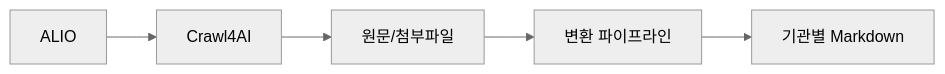
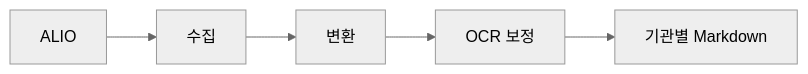
The diagram in README.md (bigone-kcrew/crawl4alio), drawn with Mermaid (neutral theme) before and after one commit. The commit also changed other lines of this file, not shown here.

````diff
--- a/README.md
+++ b/README.md
@@ -19,7 +19,7 @@
 ```mermaid
 flowchart LR
-    A["ALIO"] --> B["Crawl4AI"]
-    B --> C["원문/첨부파일"]
-    C --> D["변환 파이프라인"]
+    A["ALIO"] --> B["수집"]
+    B --> C["변환"]
+    C --> D["OCR 보정"]
     D --> E["기관별 Markdown"]
 ```
````
